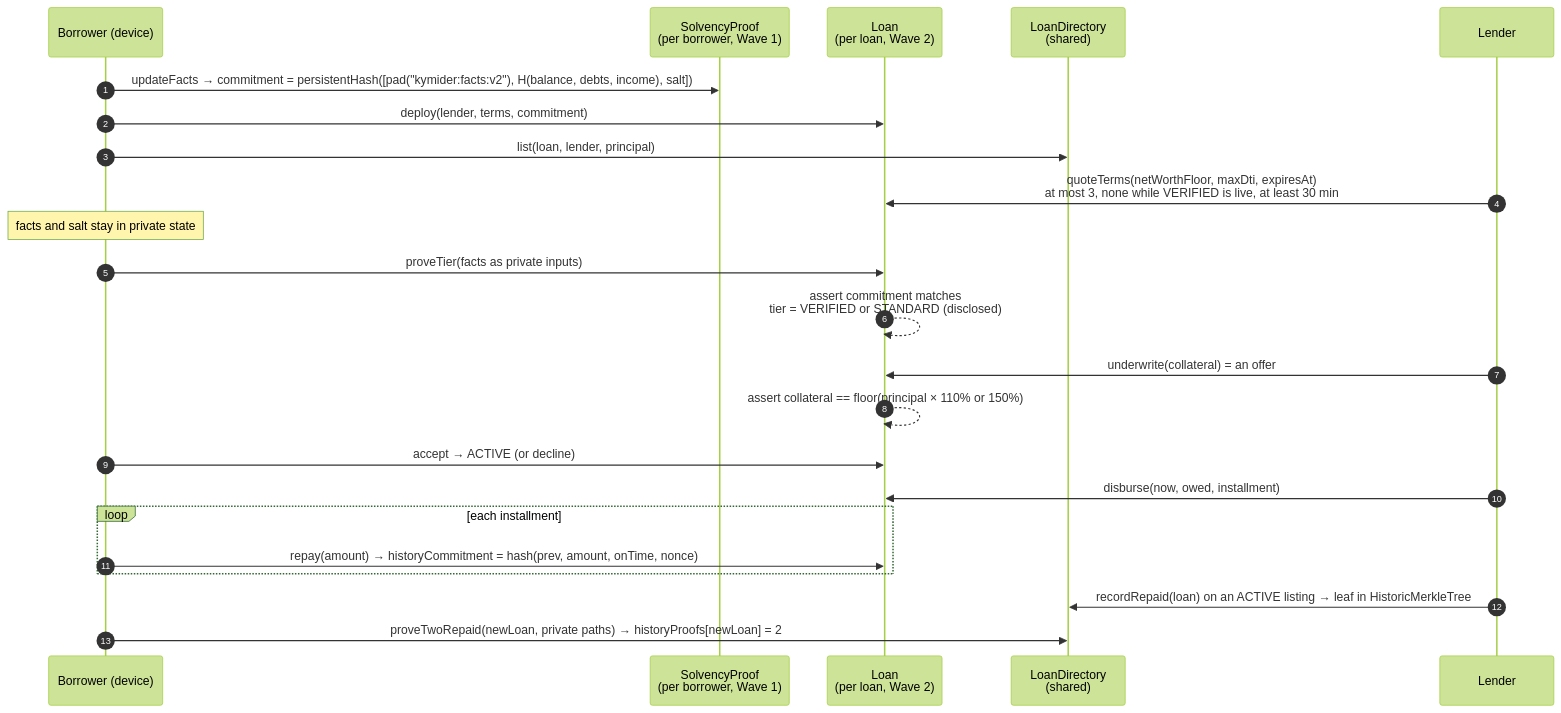
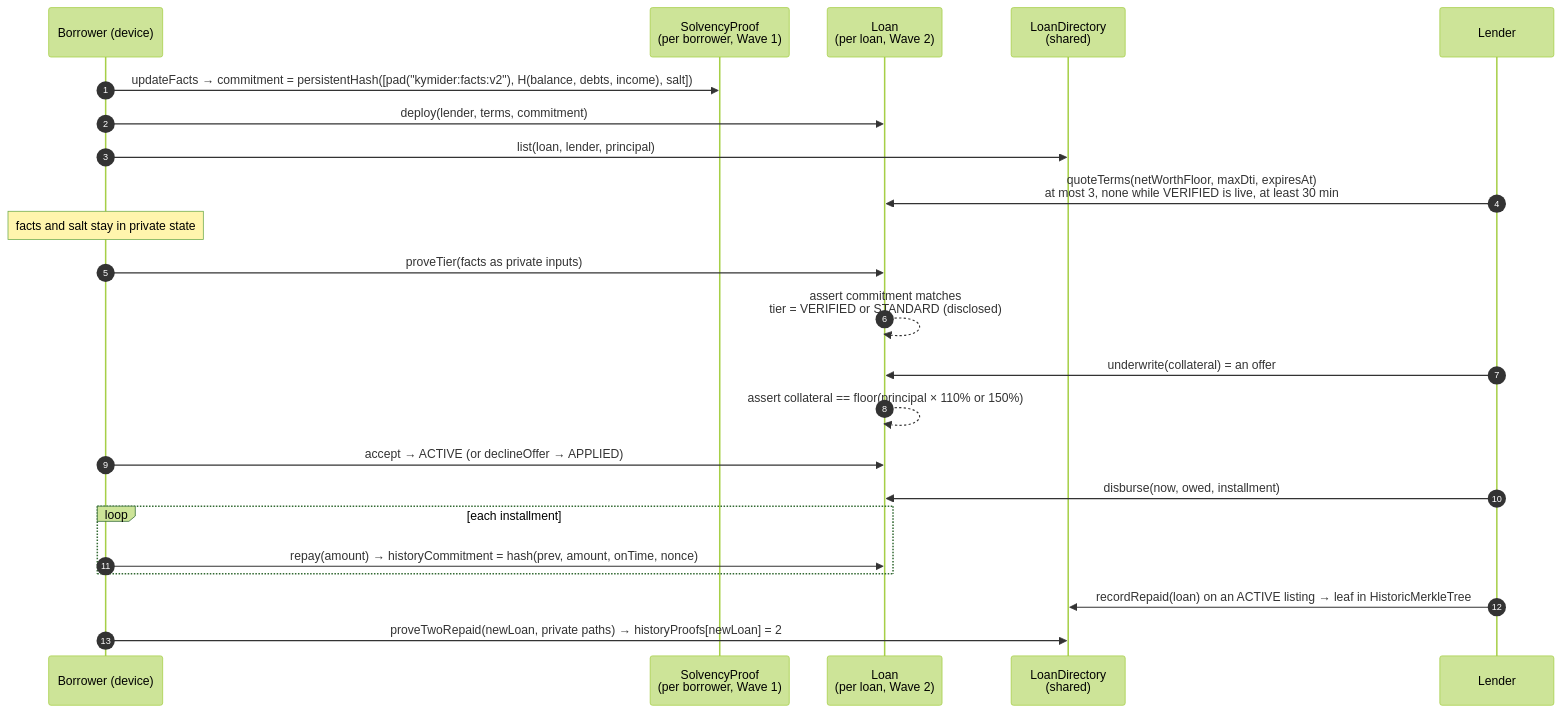
One commit to Turnless/kymider changed the diagram in README.md. Above: the diagram before and after it, drawn with Mermaid (forest theme). The commit also changed other lines of this file and 6 other files, not shown here.

````diff
--- a/README.md
+++ b/README.md
@@ -175,26 +171,26 @@
 ```mermaid
 sequenceDiagram
     autonumber
     participant B as Borrower (device)
     participant SP as SolvencyProof<br/>(per borrower, Wave 1)
     participant L as Loan<br/>(per loan, Wave 2)
     participant D as LoanDirectory<br/>(shared)
     participant K as Lender
 
     B->>SP: updateFacts → commitment = persistentHash([pad("kymider:facts:v2"), H(balance, debts, income), salt])
     B->>L: deploy(lender, terms, commitment)
     B->>D: list(loan, lender, principal)
     K->>L: quoteTerms(netWorthFloor, maxDti, expiresAt)<br/>at most 3, none while VERIFIED is live, at least 30 min
     Note over B: facts and salt stay in private state
     B->>L: proveTier(facts as private inputs)
     L-->>L: assert commitment matches<br/>tier = VERIFIED or STANDARD (disclosed)
     K->>L: underwrite(collateral) = an offer
     L-->>L: assert collateral == floor(principal × 110% or 150%)
-    B->>L: accept → ACTIVE (or decline)
+    B->>L: accept → ACTIVE (or declineOffer → APPLIED)
     K->>L: disburse(now, owed, installment)
     loop each installment
         B->>L: repay(amount) → historyCommitment = hash(prev, amount, onTime, nonce)
     end
     K->>D: recordRepaid(loan) on an ACTIVE listing → leaf in HistoricMerkleTree
     B->>D: proveTwoRepaid(newLoan, private paths) → historyProofs[newLoan] = 2
 ```
````
